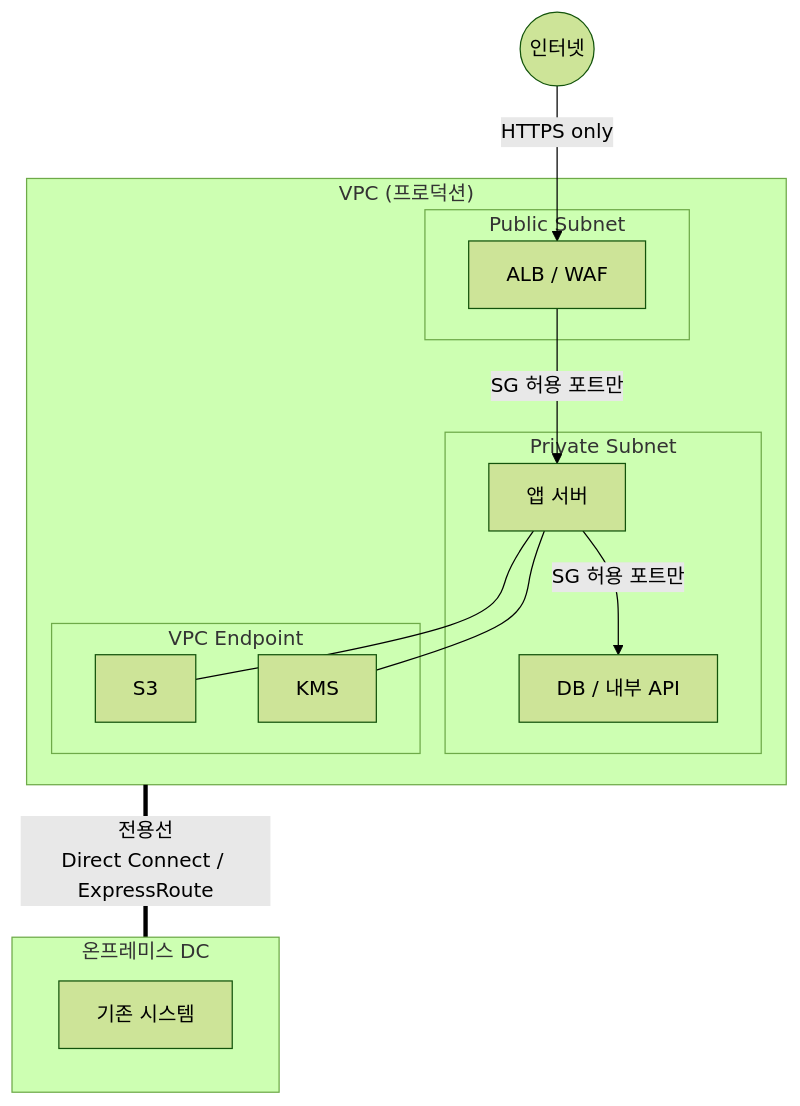
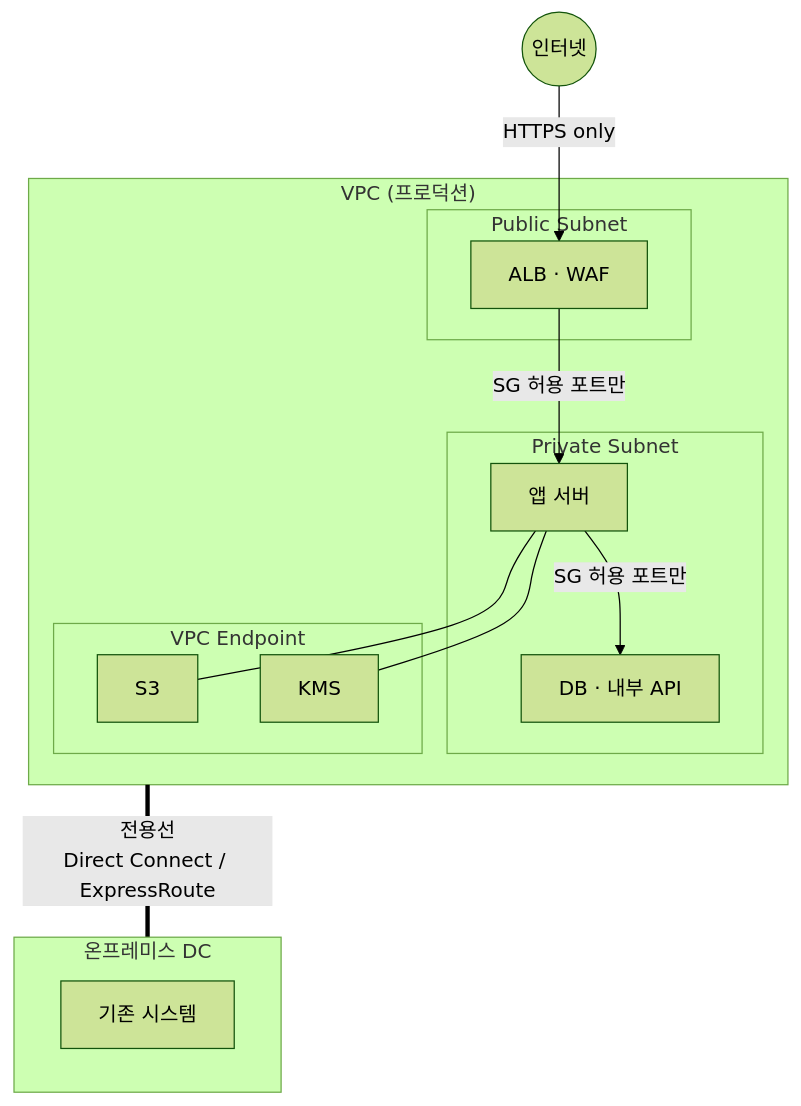
The diagram in src/content/docs/ko/security/network-isolation.md (cloudpickr/cloudpick-docs), drawn with Mermaid (forest theme) before and after one commit. The commit also changed 29 other files, not shown here.

First line of the commit message:
fix: Mermaid 전수조사 — 노드 라벨 슬래시 13건 수정 (ko/en/ja)

````diff
--- a/src/content/docs/ko/security/network-isolation.md
+++ b/src/content/docs/ko/security/network-isolation.md
@@ -126,28 +126,28 @@
 ```mermaid
 flowchart TB
     subgraph VPC["VPC (프로덕션)"]
         subgraph pub["Public Subnet"]
-            ALB[ALB / WAF]
+            ALB[ALB · WAF]
         end
         subgraph priv["Private Subnet"]
             APP[앱 서버]
-            DB[DB / 내부 API]
+            DB[DB · 내부 API]
         end
         subgraph ep["VPC Endpoint"]
             S3EP[S3]
             KMSEP[KMS]
         end
     end
 
     Internet((인터넷)) -->|HTTPS only| ALB
     ALB -->|SG 허용 포트만| APP
     APP -->|SG 허용 포트만| DB
     APP --- S3EP
     APP --- KMSEP
 
     subgraph OnPrem["온프레미스 DC"]
         Legacy[기존 시스템]
     end
 
     VPC ===|전용선\nDirect Connect / ExpressRoute| OnPrem
 ```
````
